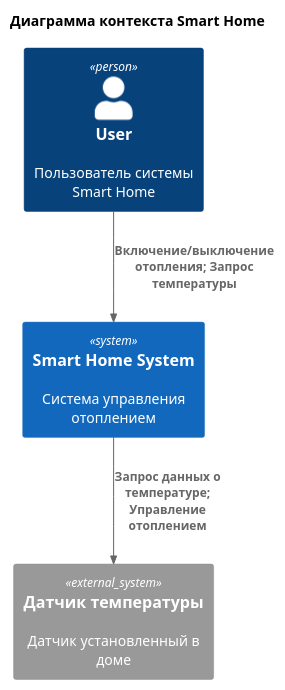
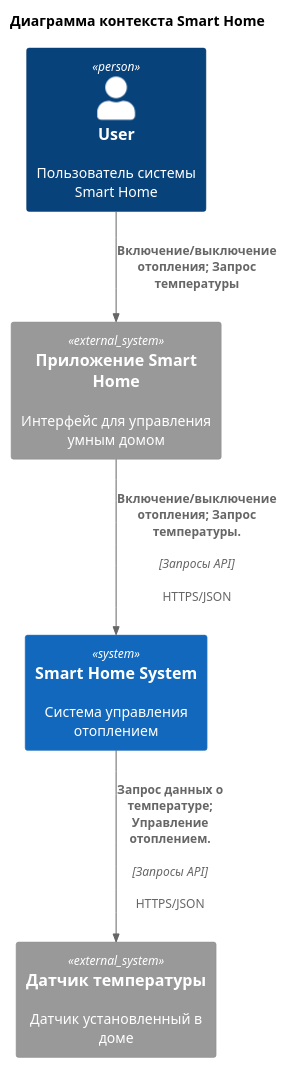
One commit to wiky-avis/architecture-sprint-3 changed the diagram in docs/diagrams/as_is/context/Context.puml. Above: the diagram before and after it, drawn with PlantUML. The commit also changed 11 other files, not shown here.

```diff
--- a/docs/diagrams/as_is/context/Context.puml
+++ b/docs/diagrams/as_is/context/Context.puml
@@ -1,16 +1,18 @@
 @startuml
 title Диаграмма контекста Smart Home
 
 top to bottom direction
 
 !includeurl https://raw.githubusercontent.com/RicardoNiepel/C4-PlantUML/master/C4_Component.puml
 
 Person(user, "User", "Пользователь системы Smart Home")
 System(SmartHomeSystem, "Smart Home System", "Система управления отоплением")
 
 System_Ext(TemperatureSensor, "Датчик температуры", "Датчик установленный в доме")
+System_Ext(Application, "Приложение Smart Home", "Интерфейс для управления умным домом")
 
-Rel(user, SmartHomeSystem, "Включение/выключение отопления; Запрос температуры")
-Rel(SmartHomeSystem,TemperatureSensor,"Запрос данных о температуре; Управление отоплением")
+Rel(user, Application, "Включение/выключение отопления; Запрос температуры")
+Rel(Application, SmartHomeSystem, "Включение/выключение отопления; Запрос температуры. \n", "Запросы API", "HTTPS/JSON")
+Rel(SmartHomeSystem,TemperatureSensor,"Запрос данных о температуре; Управление отоплением. \n", "Запросы API", "HTTPS/JSON")
 
 @enduml
```
